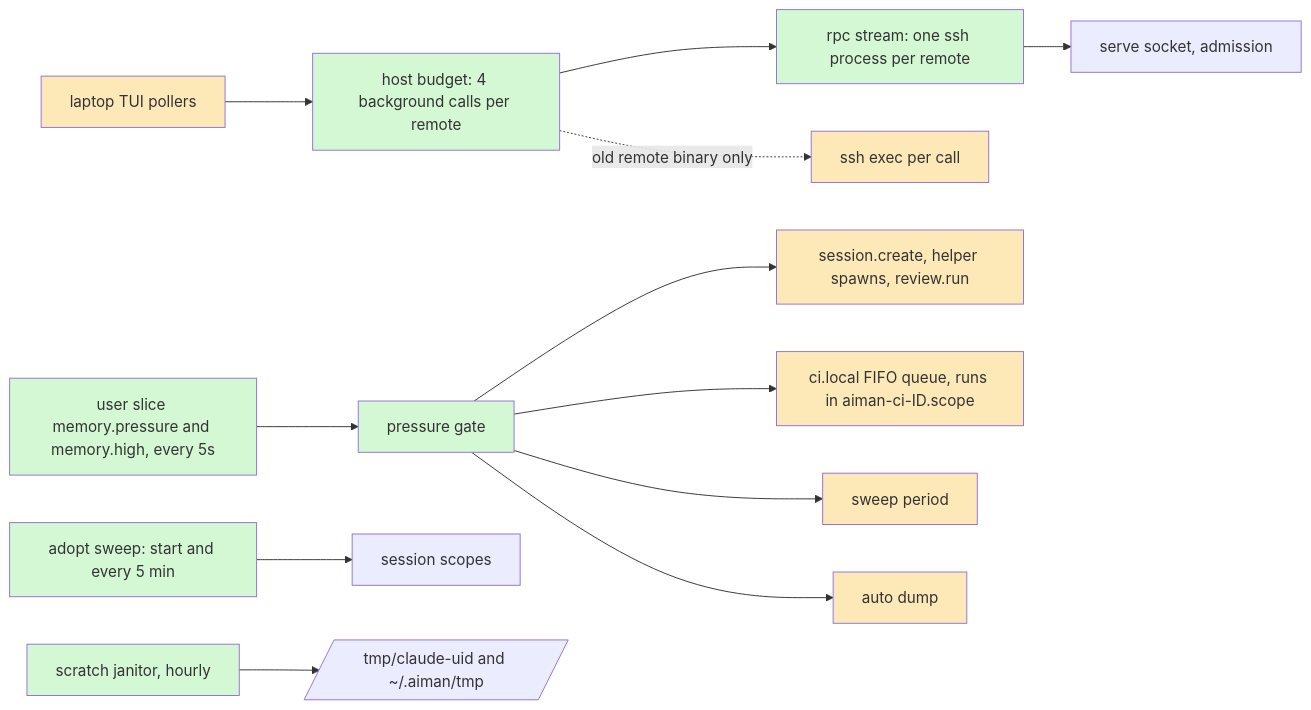
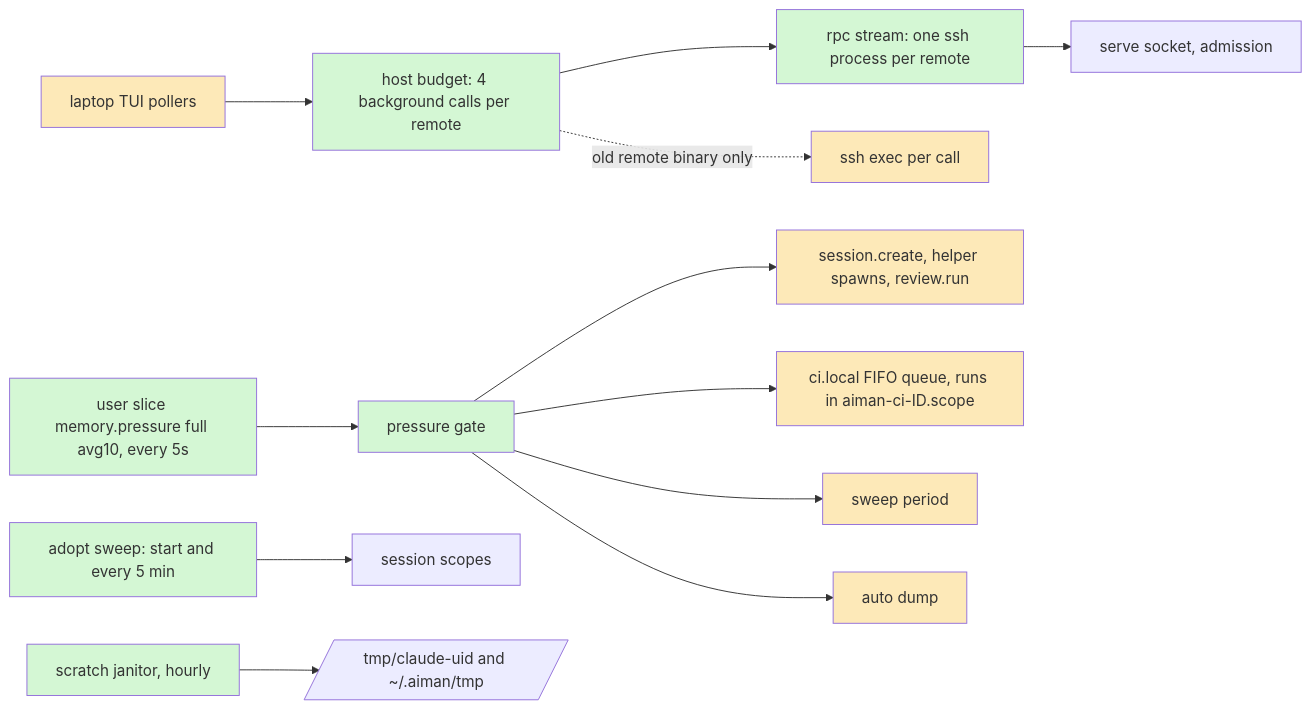
Before and after one commit to bouwerp/aiman: the third of 3 diagrams in docs/specs/client-pileup-guard.md, drawn with Mermaid. The commit also changed other lines of this file, not shown here.

````diff
--- a/docs/specs/client-pileup-guard.md
+++ b/docs/specs/client-pileup-guard.md
@@ -97,17 +97,17 @@
 ```mermaid
 flowchart LR
   classDef new fill:#d4f7d4
   classDef changed fill:#fde9b8
   classDef removed stroke-dasharray:4,fill:#f9d0d0
   tui[laptop TUI pollers]:::changed --> budget[host budget: 4 background calls per remote]:::new
   budget --> stream[rpc stream: one ssh process per remote]:::new
   budget -.->|old remote binary only| exec[ssh exec per call]:::changed
   stream --> sock[serve socket, admission]
-  psi[user slice memory.pressure and memory.high, every 5s]:::new --> gate[pressure gate]:::new
+  psi[user slice memory.pressure full avg10, every 5s]:::new --> gate[pressure gate]:::new
   gate --> create[session.create, helper spawns, review.run]:::changed
   gate --> ciq[ci.local FIFO queue, runs in aiman-ci-ID.scope]:::changed
   gate --> sweep[sweep period]:::changed
   gate --> dump[auto dump]:::changed
   adopt[adopt sweep: start and every 5 min]:::new --> scopes[session scopes]
   janitor[scratch janitor, hourly]:::new --> tmp[/tmp/claude-uid and ~/.aiman/tmp/]
 ```
````
